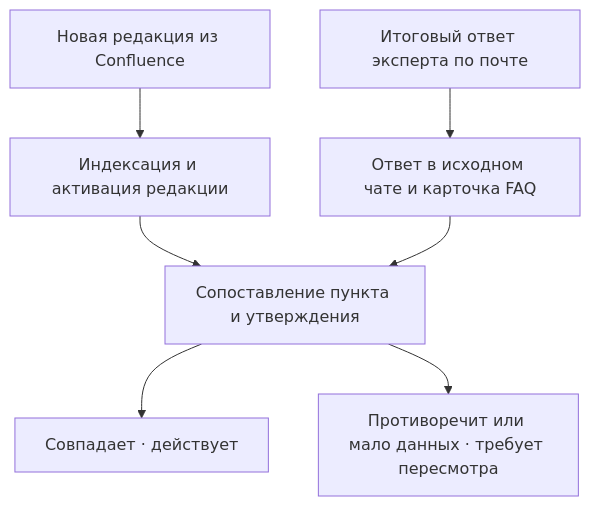
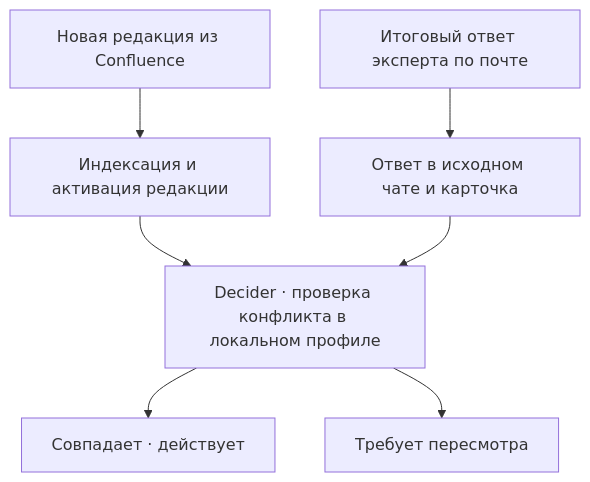
Before and after one commit to gureev1988-ops/iikuznica: the second of 3 diagrams in docs/architecture/dion-tech-section.md, drawn with Mermaid. The commit also changed other lines of this file, not shown here.

````diff
--- a/docs/architecture/dion-tech-section.md
+++ b/docs/architecture/dion-tech-section.md
@@ -20,9 +20,9 @@
 ```mermaid
 flowchart TD
     W["Новая редакция из Confluence"] --> I["Индексация и активация редакции"]
-    M["Итоговый ответ эксперта по почте"] --> F["Ответ в исходном чате и карточка FAQ"]
-    I --> J["Сопоставление пункта и утверждения"]
+    M["Итоговый ответ эксперта по почте"] --> F["Ответ в исходном чате и карточка"]
+    I --> J["Decider · проверка конфликта в локальном профиле"]
     F --> J
     J --> OK["Совпадает · действует"]
-    J --> R["Противоречит или мало данных · требует пересмотра"]
+    J --> R["Требует пересмотра"]
 ```
````
